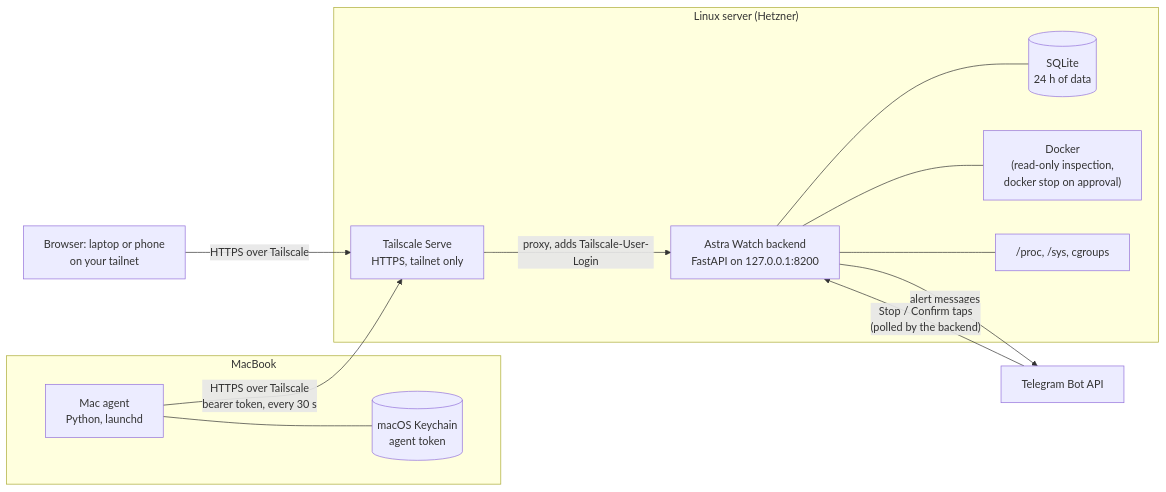
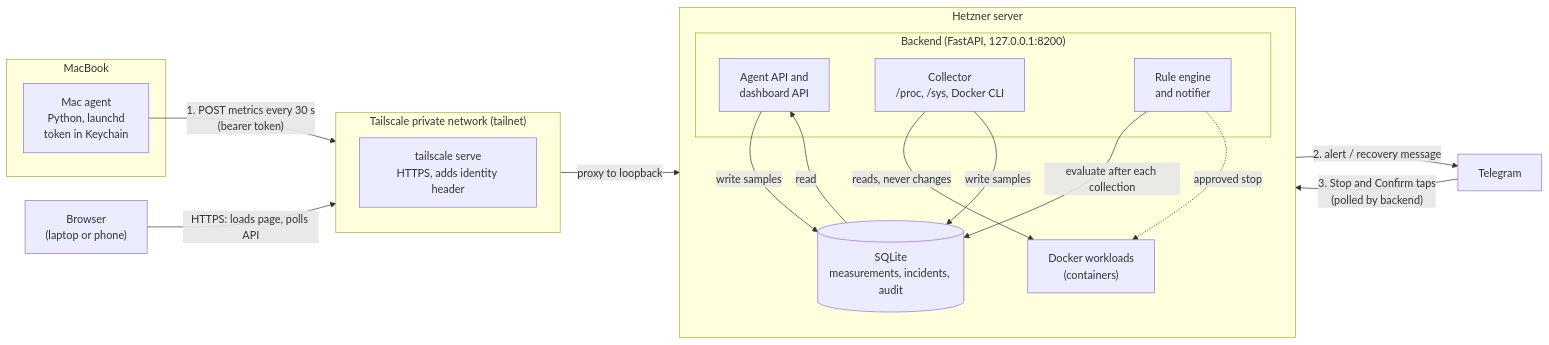
One commit to ShivaSai06/astra-watch changed the first of 2 diagrams in docs/architecture.md. Above: the diagram before and after it, drawn with Mermaid. The commit also changed other lines of this file and 56 other files, not shown here.

````diff
--- a/docs/architecture.md
+++ b/docs/architecture.md
@@ -7,26 +7,37 @@
 ```mermaid
 flowchart LR
-    subgraph Mac["MacBook"]
-      AG["Mac agent<br/>Python, launchd"]
-      KC[("macOS Keychain<br/>agent token")]
-      AG --- KC
+    subgraph MAC["MacBook"]
+        AG["Mac agent<br/>Python, launchd<br/>token in Keychain"]
     end
-    subgraph Server["Linux server (Hetzner)"]
-      TS["Tailscale Serve<br/>HTTPS, tailnet only"]
-      APP["Astra Watch backend<br/>FastAPI on 127.0.0.1:8200"]
-      DB[("SQLite<br/>24 h of data")]
-      DK["Docker<br/>(read-only inspection,<br/>docker stop on approval)"]
-      LX["/proc, /sys, cgroups"]
-      APP --- DB
-      APP --- DK
-      APP --- LX
-      TS -- "proxy, adds Tailscale-User-Login" --> APP
+
+    subgraph TAIL["Tailscale private network (tailnet)"]
+        direction TB
+        TS["tailscale serve<br/>HTTPS, adds identity header"]
     end
-    ME["Browser: laptop or phone<br/>on your tailnet"]
-    TG["Telegram Bot API"]
 
-    AG -- "HTTPS over Tailscale<br/>bearer token, every 30 s" --> TS
-    ME -- "HTTPS over Tailscale" --> TS
-    APP -- "alert messages" --> TG
-    TG -- "Stop / Confirm taps<br/>(polled by the backend)" --> APP
+    subgraph HZ["Hetzner server"]
+        direction TB
+        subgraph BE["Backend (FastAPI, 127.0.0.1:8200)"]
+            API["Agent API and<br/>dashboard API"]
+            COL["Collector<br/>/proc, /sys, Docker CLI"]
+            ENG["Rule engine<br/>and notifier"]
+        end
+        DB[("SQLite<br/>measurements, incidents, audit")]
+        DK["Docker workloads<br/>(containers)"]
+    end
+
+    BR["Browser<br/>(laptop or phone)"]
+    TG["Telegram"]
+
+    AG -- "1. POST metrics every 30 s<br/>(bearer token)" --> TS
+    BR -- "HTTPS: loads page, polls API" --> TS
+    TS -- "proxy to loopback" --> API
+    COL -- "reads, never changes" --> DK
+    API -- "write samples" --> DB
+    COL -- "write samples" --> DB
+    DB -- "read" --> API
+    ENG -- "evaluate after each collection" --> DB
+    ENG -- "2. alert / recovery message" --> TG
+    TG -- "3. Stop and Confirm taps<br/>(polled by backend)" --> ENG
+    ENG -. "approved stop" .-> DK
 ```
````
